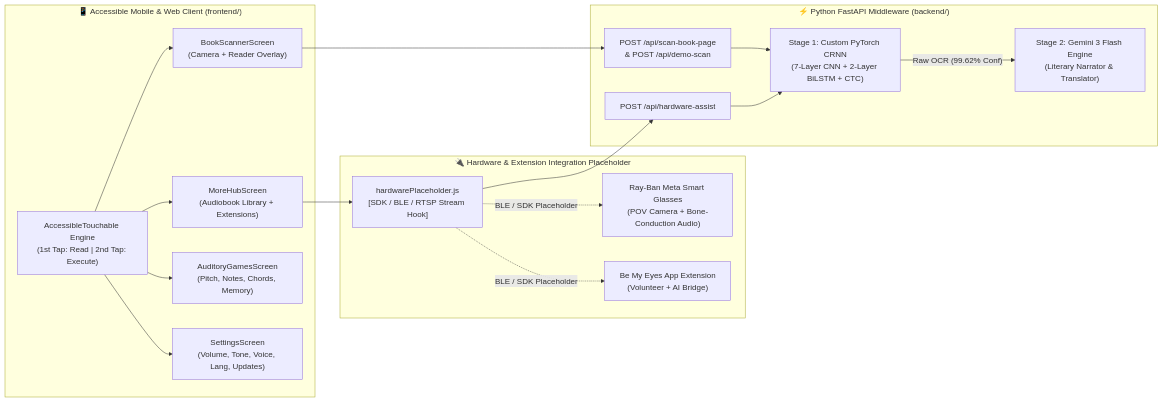
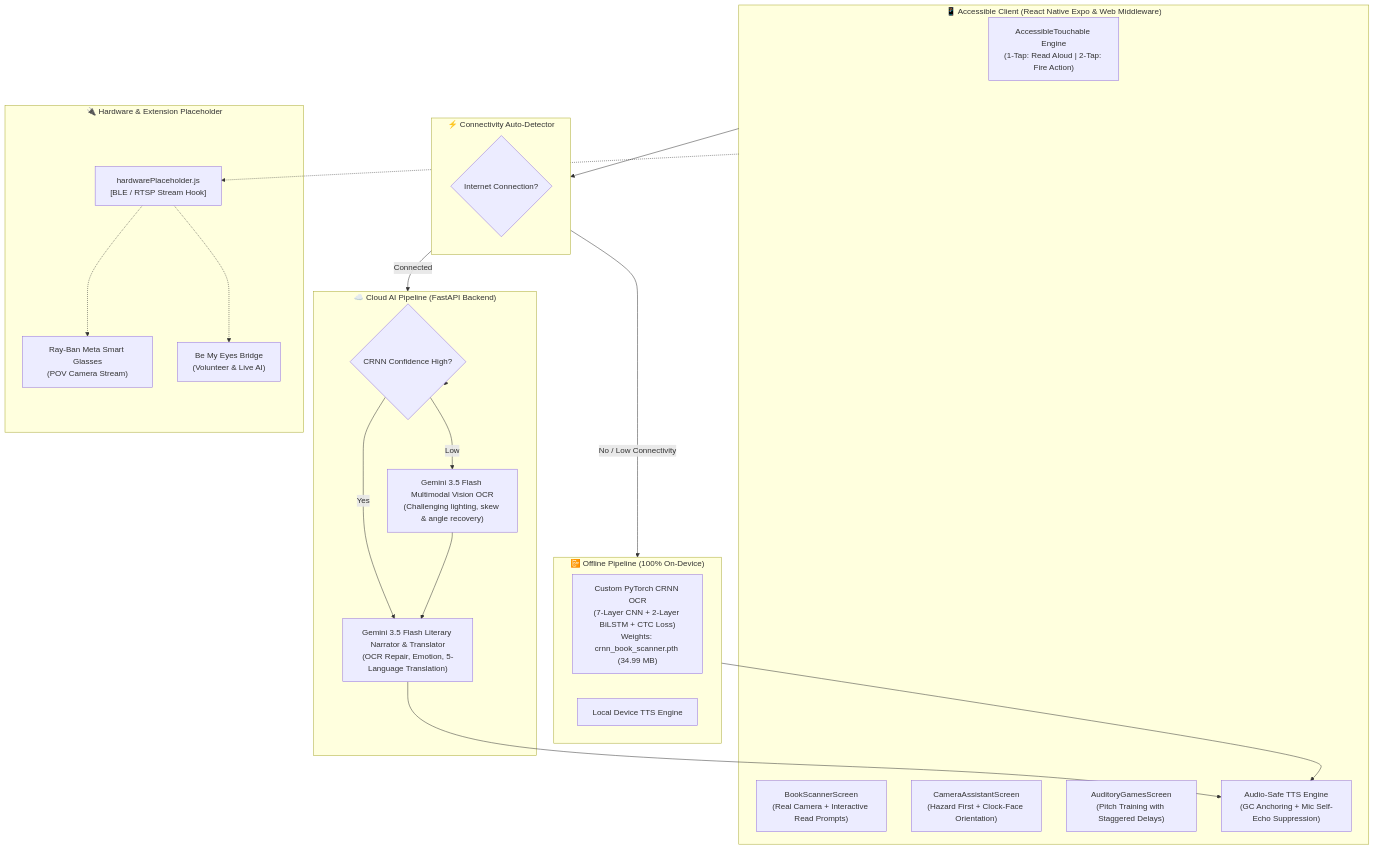
One commit to Hariths-bliAst/Blinde-ER changed the diagram in docs/pitch_drafts/02_system_architecture.md. Above: the diagram before and after it, drawn with Mermaid. The commit also changed other lines of this file and 29 other files, not shown here.

Commit message:
feat(v2.5.0): dual-engine offline CRNN, camera scan, speech safety, and architecture docs

````diff
--- a/docs/pitch_drafts/02_system_architecture.md
+++ b/docs/pitch_drafts/02_system_architecture.md
@@ -32,31 +28,45 @@
 ```mermaid
-flowchart LR
-    subgraph Client["📱 Accessible Mobile & Web Client (frontend/)"]
-        AT["AccessibleTouchable Engine\n(1st Tap: Read | 2nd Tap: Execute)"]
-        BS["BookScannerScreen\n(Camera + Reader Overlay)"]
-        MH["MoreHubScreen\n(Audiobook Library + Extensions)"]
-        AG["AuditoryGamesScreen\n(Pitch, Notes, Chords, Memory)"]
-        ST["SettingsScreen\n(Volume, Tone, Voice, Lang, Updates)"]
+flowchart TD
+    subgraph Client["📱 Accessible Client (React Native Expo & Web Middleware)"]
+        AT["AccessibleTouchable Engine\n(1-Tap: Read Aloud | 2-Tap: Fire Action)"]
+        BS["BookScannerScreen\n(Real Camera + Interactive Read Prompts)"]
+        CAS["CameraAssistantScreen\n(Hazard First + Clock-Face Orientation)"]
+        AG["AuditoryGamesScreen\n(Pitch Training with Staggered Delays)"]
+        TTS["Audio-Safe TTS Engine\n(GC Anchoring + Mic Self-Echo Suppression)"]
     end
 
-    subgraph HW["🔌 Hardware & Extension Integration Placeholder"]
-        HWP["hardwarePlaceholder.js\n[SDK / BLE / RTSP Stream Hook]"]
-        META["Ray-Ban Meta Smart Glasses\n(POV Camera + Bone-Conduction Audio)"]
-        BME["Be My Eyes App Extension\n(Volunteer + AI Bridge)"]
+    subgraph AutoDetect["⚡ Connectivity Auto-Detector"]
+        NET{"Internet Connection?"}
     end
 
-    subgraph Backend["⚡ Python FastAPI Middleware (backend/)"]
-        R1["POST /api/scan-book-page\n& POST /api/demo-scan"]
-        R2["POST /api/hardware-assist"]
-        S1["Stage 1: Custom PyTorch CRNN\n(7-Layer CNN + 2-Layer BiLSTM + CTC)"]
-        S2["Stage 2: Gemini 3 Flash Engine\n(Literary Narrator & Translator)"]
+    subgraph OfflinePipeline["📴 Offline Pipeline (100% On-Device)"]
+        CRNN_LOCAL["Custom PyTorch CRNN OCR\n(7-Layer CNN + 2-Layer BiLSTM + CTC Loss)\nWeights: crnn_book_scanner.pth (34.99 MB)"]
+        LOCAL_TTS["Local Device TTS Engine"]
     end
 
-    AT --> BS & MH & AG & ST
-    MH --> HWP
-    HWP -.->|"BLE / SDK Placeholder"| META & BME
-    BS --> R1
-    HWP --> R2
-    R1 & R2 --> S1
-    S1 -->|"Raw OCR (99.62% Conf)"| S2
+    subgraph OnlinePipeline["☁️ Cloud AI Pipeline (FastAPI Backend)"]
+        CONF_CHECK{"CRNN Confidence High?"}
+        GEM_VIS["Gemini 3.5 Flash Multimodal Vision OCR\n(Challenging lighting, skew & angle recovery)"]
+        GEM_LLM["Gemini 3.5 Flash Literary Narrator & Translator\n(OCR Repair, Emotion, 5-Language Translation)"]
+    end
+
+    subgraph HW["🔌 Hardware & Extension Placeholder"]
+        HWP["hardwarePlaceholder.js\n[BLE / RTSP Stream Hook]"]
+        META["Ray-Ban Meta Smart Glasses\n(POV Camera Stream)"]
+        BME["Be My Eyes Bridge\n(Volunteer & Live AI)"]
+    end
+
+    Client --> AutoDetect
+    AutoDetect -- "No / Low Connectivity" --> OfflinePipeline
+    AutoDetect -- "Connected" --> OnlinePipeline
+    
+    OfflinePipeline --> TTS
+    OnlinePipeline --> CONF_CHECK
+    CONF_CHECK -- "Yes" --> GEM_LLM
+    CONF_CHECK -- "Low" --> GEM_VIS
+    GEM_VIS --> GEM_LLM
+    GEM_LLM --> TTS
+
+    Client -.-> HWP
+    HWP -.-> META & BME
 ```
````
